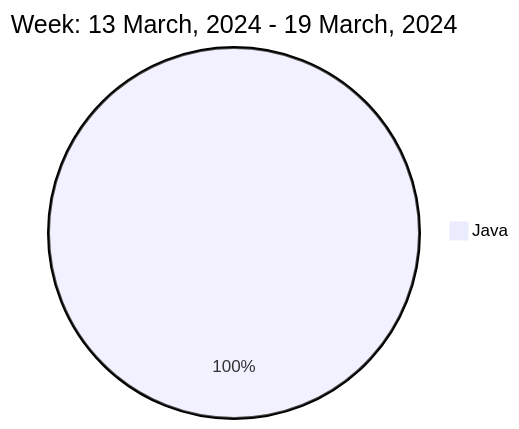
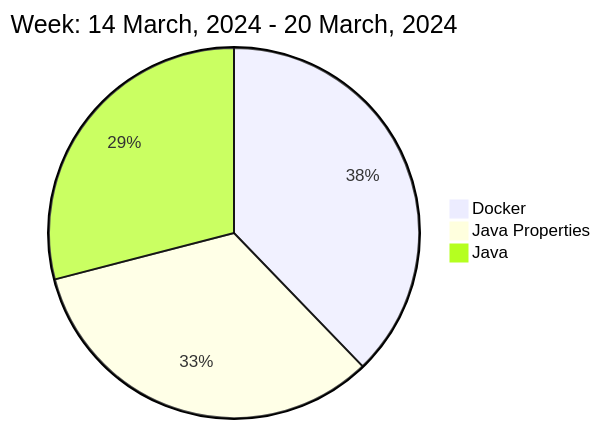
Before and after one commit to liubin95/liubin95: the diagram in README.md, drawn with Mermaid.

Commit message:
Updated the Graph with new Metrics

````diff
--- a/README.md
+++ b/README.md
@@ -37,5 +37,7 @@
 ```mermaid
  pie
-title Week: 13 March, 2024 - 19 March, 2024
- "Java" : 0.5
+title Week: 14 March, 2024 - 20 March, 2024
+ "Docker" : 0.82
+ "Java Properties" : 0.72
+ "Java" : 0.63
 ```
````
